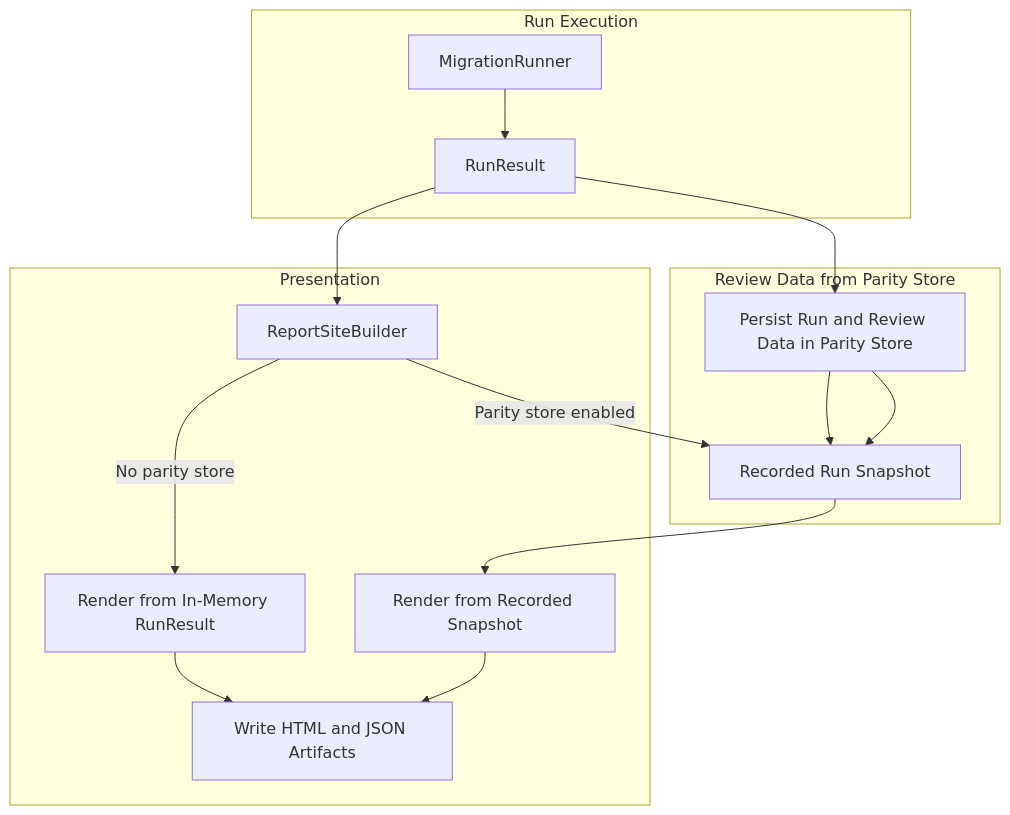
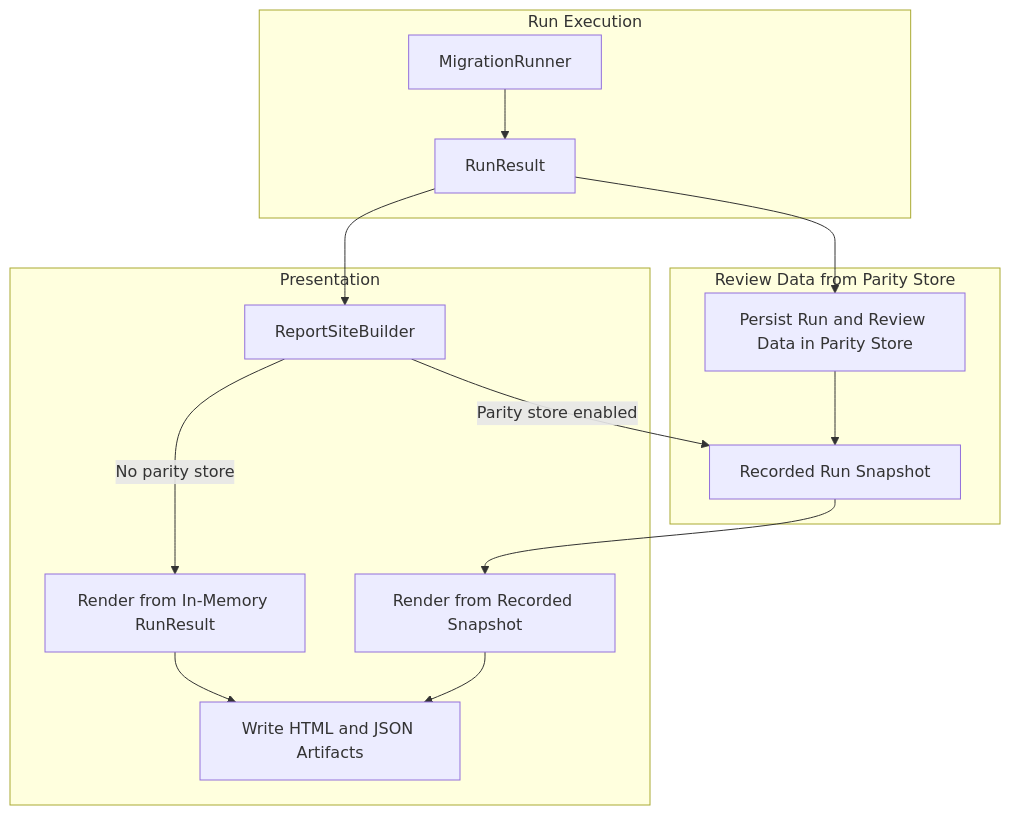
One commit to bobcorn/openfoodfacts-data-quality changed the third of 3 diagrams in docs/explanation/migration-runs.md. Above: the diagram before and after it, drawn with Mermaid. The commit also changed other lines of this file and 57 other files, not shown here.

````diff
--- a/docs/explanation/migration-runs.md
+++ b/docs/explanation/migration-runs.md
@@ -245,26 +244,26 @@
 ```mermaid
 flowchart TB
     subgraph EXEC_OUT["Run Execution"]
         A["MigrationRunner"]
         B["RunResult"]
         A --> B
     end
 
     subgraph STORE_OUT["Review Data from Parity Store"]
         D["Persist Run and Review Data in Parity Store"]
         E["Recorded Run Snapshot"]
         D --> E
     end
 
     subgraph PRES_OUT["Presentation"]
         C["ReportSiteBuilder"]
         F["Render from In-Memory RunResult"]
         G["Render from Recorded Snapshot"]
         H["Write HTML and JSON Artifacts"]
     end
 
     B --> C
-    B --> D --> E
+    B --> D
     C -- "No parity store" --> F --> H
     C -- "Parity store enabled" --> E --> G --> H
 ```
````
